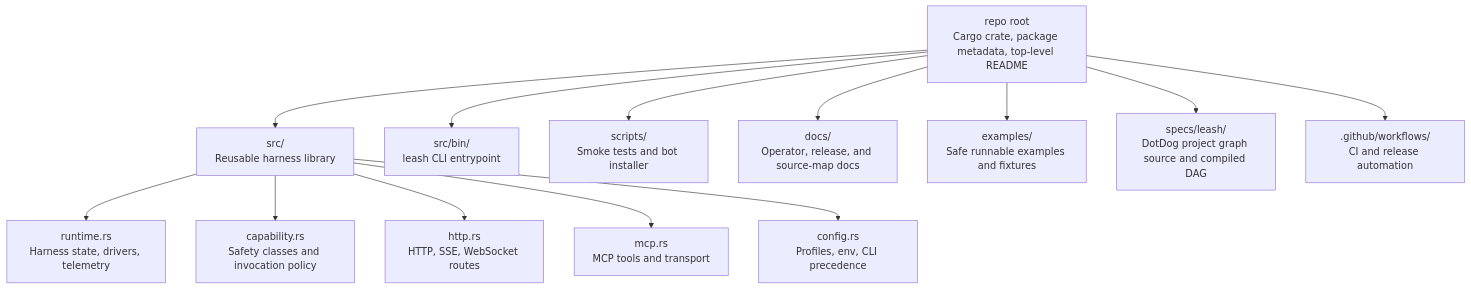
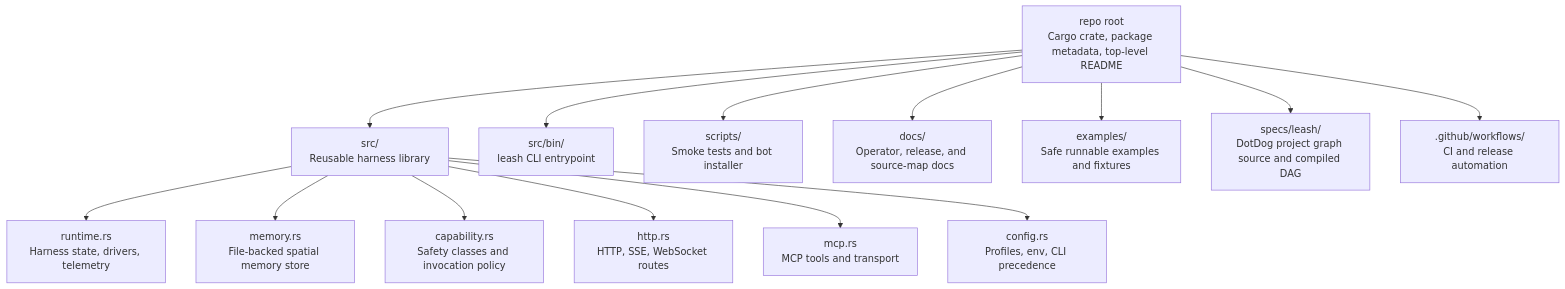
Before and after one commit to specdog/leash: the first of 2 diagrams in README.md, drawn with Mermaid. The commit also changed other lines of this file and 15 other files, not shown here.

Commit message:
Add spatial memory primitives

````diff
--- a/README.md
+++ b/README.md
@@ -28,16 +29,17 @@
 ```mermaid
 flowchart TB
   root["repo root\nCargo crate, package metadata, top-level README"] --> src["src/\nReusable harness library"]
   root --> cli["src/bin/\nleash CLI entrypoint"]
   root --> scripts["scripts/\nSmoke tests and bot installer"]
   root --> docs["docs/\nOperator, release, and source-map docs"]
   root --> examples["examples/\nSafe runnable examples and fixtures"]
   root --> specs["specs/leash/\nDotDog project graph source and compiled DAG"]
   root --> workflows[".github/workflows/\nCI and release automation"]
 
   src --> runtime["runtime.rs\nHarness state, drivers, telemetry"]
+  src --> memory["memory.rs\nFile-backed spatial memory store"]
   src --> capability["capability.rs\nSafety classes and invocation policy"]
   src --> http["http.rs\nHTTP, SSE, WebSocket routes"]
   src --> mcp["mcp.rs\nMCP tools and transport"]
   src --> config["config.rs\nProfiles, env, CLI precedence"]
 ```
````
